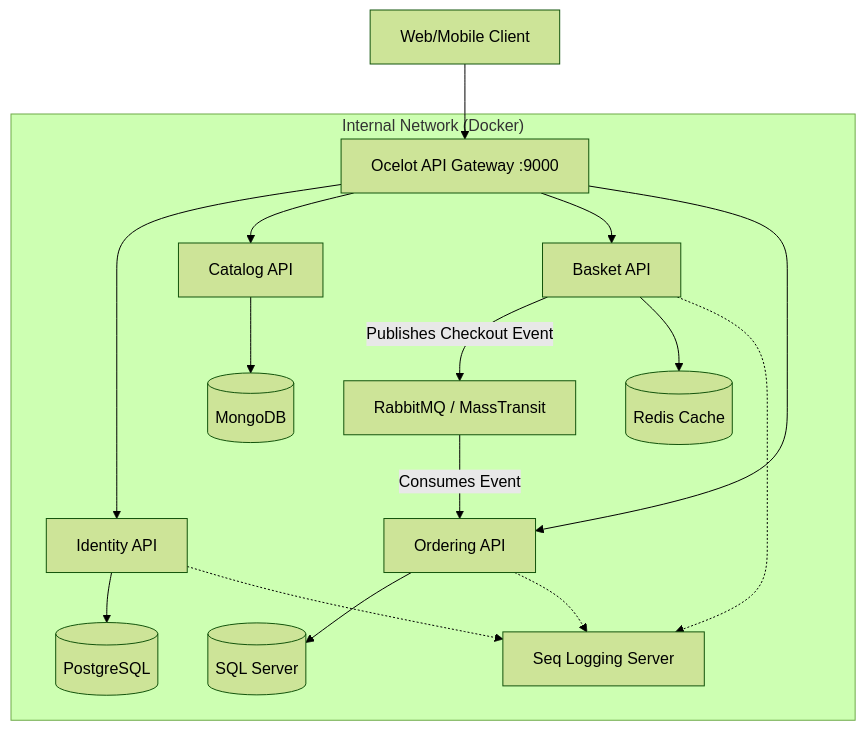
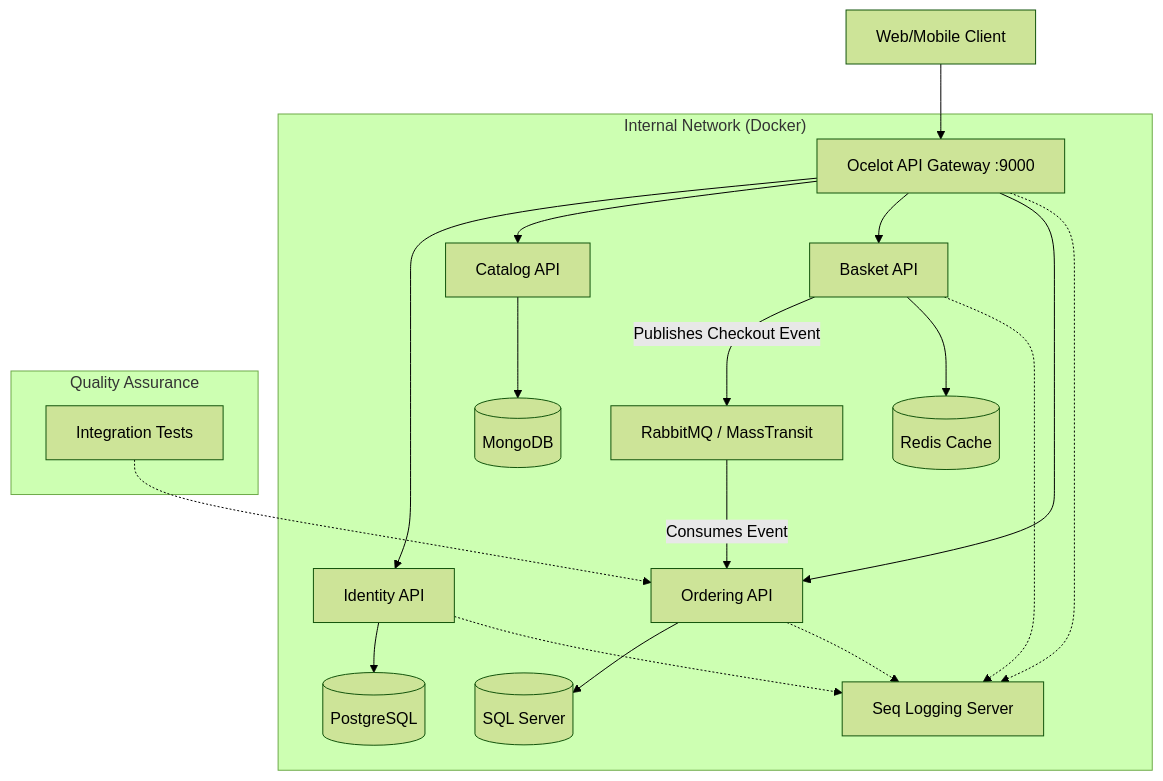
The diagram in README.md (amirhosein2015/CoreSupply), drawn with Mermaid (forest theme) before and after one commit. The commit also changed other lines of this file, not shown here.

````diff
--- a/README.md
+++ b/README.md
@@ -18,23 +24,28 @@
 ```mermaid
 graph TD
     Client[Web/Mobile Client] --> Gateway[Ocelot API Gateway :9000]
     
     subgraph "Internal Network (Docker)"
         Gateway --> Identity[Identity API]
         Gateway --> Catalog[Catalog API]
         Gateway --> Basket[Basket API]
         Gateway --> Ordering[Ordering API]
         
         Basket -- Publishes Checkout Event --> EventBus[RabbitMQ / MassTransit]
         EventBus -- Consumes Event --> Ordering
         
         Identity --> AuthDB[(PostgreSQL)]
         Catalog --> CatDB[(MongoDB)]
         Basket --> Redis[(Redis Cache)]
         Ordering --> OrderDB[(SQL Server)]
         
         Ordering -.-> Seq[Seq Logging Server]
         Basket -.-> Seq
         Identity -.-> Seq
+        Gateway -.-> Seq
+    end
+    
+    subgraph "Quality Assurance"
+        Tests[Integration Tests] -.-> Ordering
     end
 ```
````
